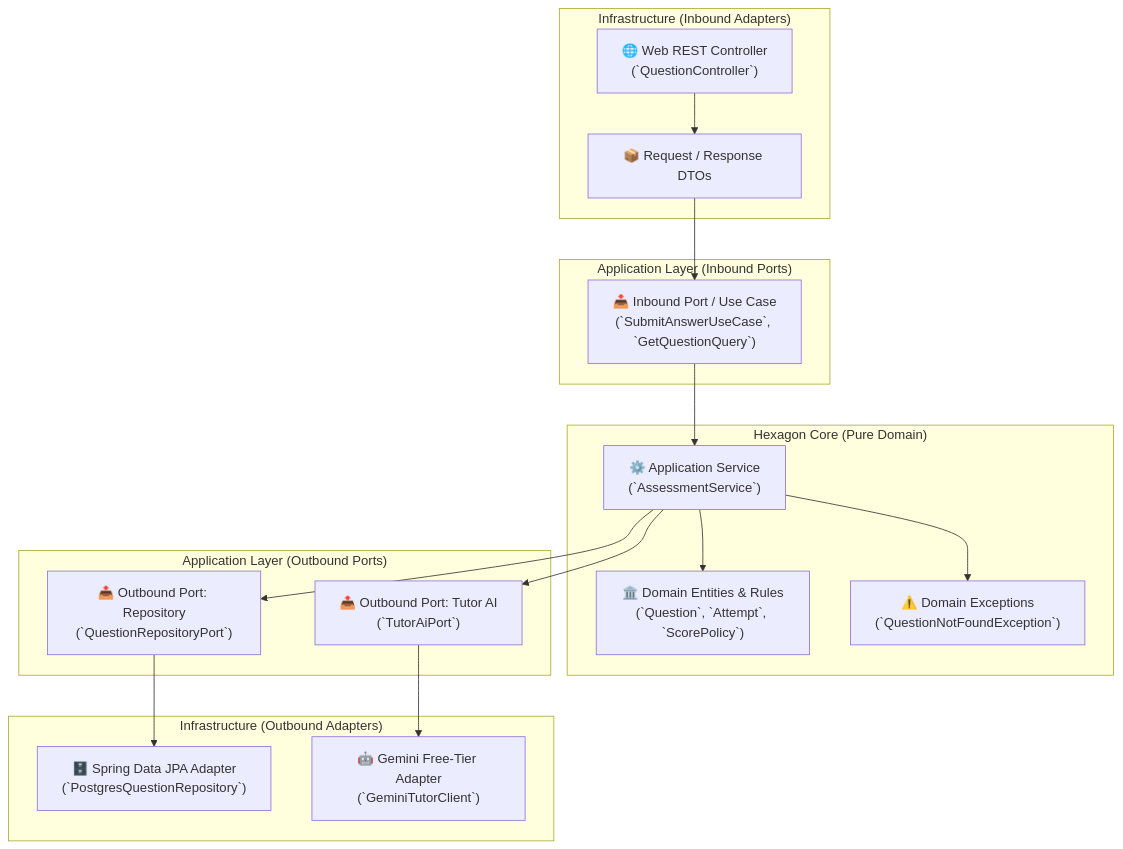
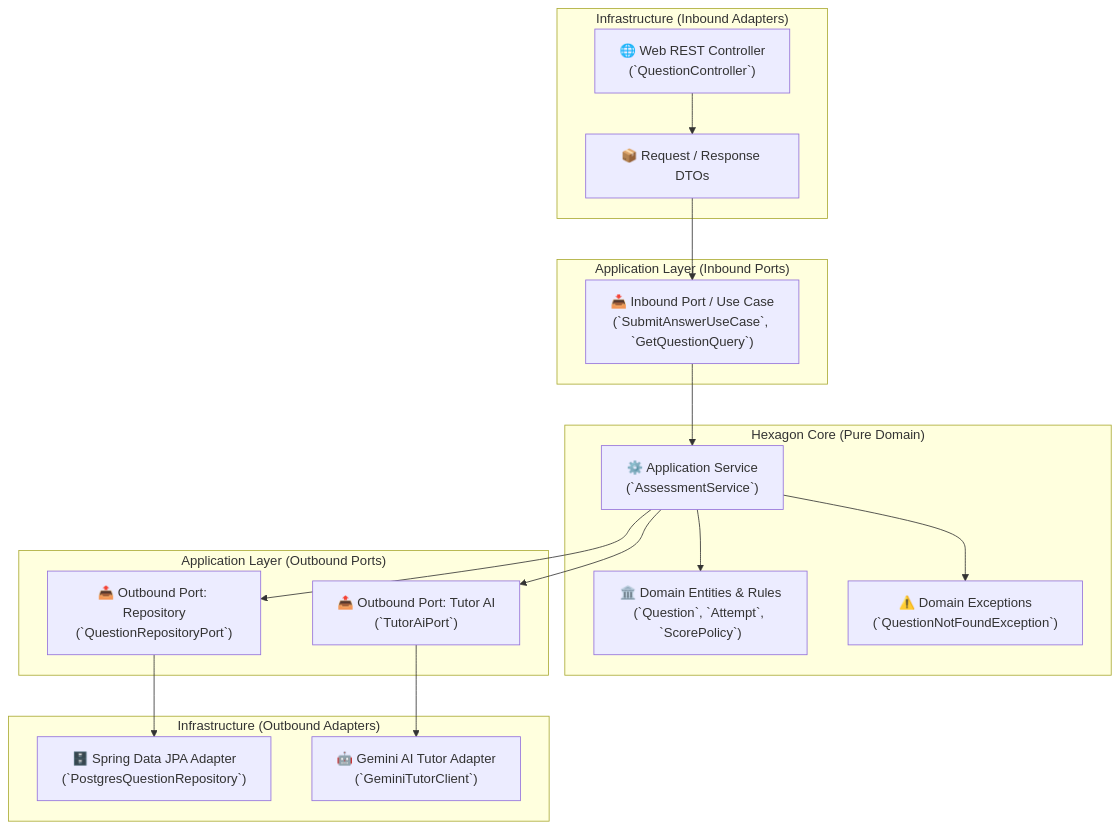
The third of 6 diagrams in docs/sprint-1/03-system-architecture.md (Veras-D/AprovaENEM), drawn with Mermaid before and after one commit. The commit also changed other lines of this file and 6 other files, not shown here.

Commit message:
docs: refine Gemini API architecture and rate limiting specifications

````diff
--- a/docs/sprint-1/03-system-architecture.md
+++ b/docs/sprint-1/03-system-architecture.md
@@ -117,37 +117,37 @@
 ```mermaid
 flowchart TD
     subgraph Infrastructure_In ["Infrastructure (Inbound Adapters)"]
         RestCtrl["🌐 Web REST Controller<br/>(`QuestionController`)"]
         DTO["📦 Request / Response DTOs"]
     end
 
     subgraph Application_In ["Application Layer (Inbound Ports)"]
         InPort["📥 Inbound Port / Use Case<br/>(`SubmitAnswerUseCase`, `GetQuestionQuery`)"]
     end
 
     subgraph CoreDomain ["Hexagon Core (Pure Domain)"]
         DomainService["⚙️ Application Service<br/>(`AssessmentService`)"]
         Entities["🏛️ Domain Entities & Rules<br/>(`Question`, `Attempt`, `ScorePolicy`)"]
         Exceptions["⚠️ Domain Exceptions<br/>(`QuestionNotFoundException`)"]
     end
 
     subgraph Application_Out ["Application Layer (Outbound Ports)"]
         RepoPort["📤 Outbound Port: Repository<br/>(`QuestionRepositoryPort`)"]
         AIPort["📤 Outbound Port: Tutor AI<br/>(`TutorAiPort`)"]
     end
 
     subgraph Infrastructure_Out ["Infrastructure (Outbound Adapters)"]
         JPAAdapter["🗄️ Spring Data JPA Adapter<br/>(`PostgresQuestionRepository`)"]
-        GeminiAdapter["🤖 Gemini Free-Tier Adapter<br/>(`GeminiTutorClient`)"]
+        GeminiAdapter["🤖 Gemini AI Tutor Adapter<br/>(`GeminiTutorClient`)"]
     end
 
     RestCtrl --> DTO
     DTO --> InPort
     InPort --> DomainService
     DomainService --> Entities
     DomainService --> Exceptions
     DomainService --> RepoPort
     DomainService --> AIPort
     RepoPort --> JPAAdapter
     AIPort --> GeminiAdapter
 ```
````
